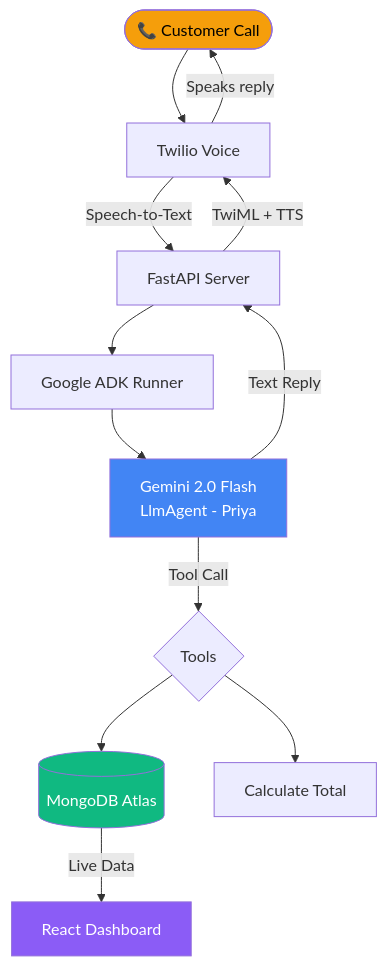
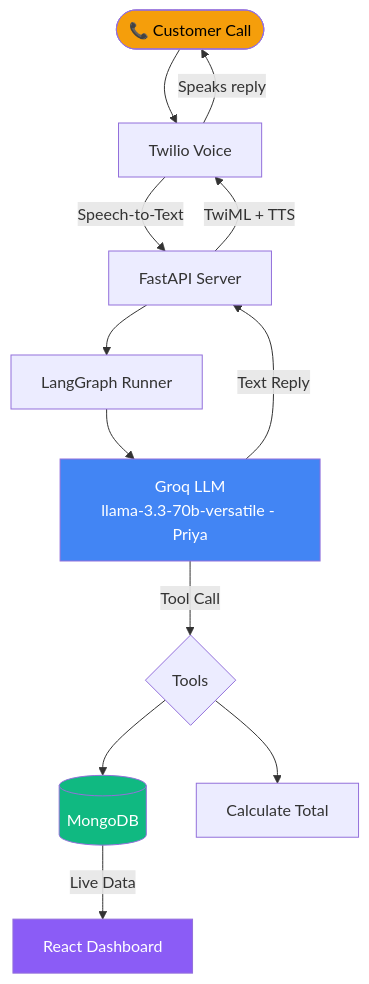
One commit to Krishna-Rao-dev/Google_APL changed the first of 4 diagrams in README.md. Above: the diagram before and after it, drawn with Mermaid. The commit also changed other lines of this file, not shown here.

````diff
--- a/README.md
+++ b/README.md
@@ -35,19 +35,19 @@
 ```mermaid
 flowchart TD
     A([📞 Customer Call]) --> B[Twilio Voice]
     B -->|Speech-to-Text| C[FastAPI Server]
-    C --> D[Google ADK Runner]
-    D --> E[Gemini 2.0 Flash\nLlmAgent - Priya]
+    C --> D[LangGraph Runner]
+    D --> E[Groq LLM\nllama-3.3-70b-versatile - Priya]
     E -->|Tool Call| F{Tools}
-    F --> G[(MongoDB Atlas)]
+    F --> G[(MongoDB)]
     F --> H[Calculate Total]
     E -->|Text Reply| C
     C -->|TwiML + TTS| B
     B -->|Speaks reply| A
     G -->|Live Data| I[React Dashboard]
 
     style A fill:#f59e0b,color:#000
     style E fill:#4285f4,color:#fff
     style G fill:#10b981,color:#fff
     style I fill:#8b5cf6,color:#fff
 ```
````
